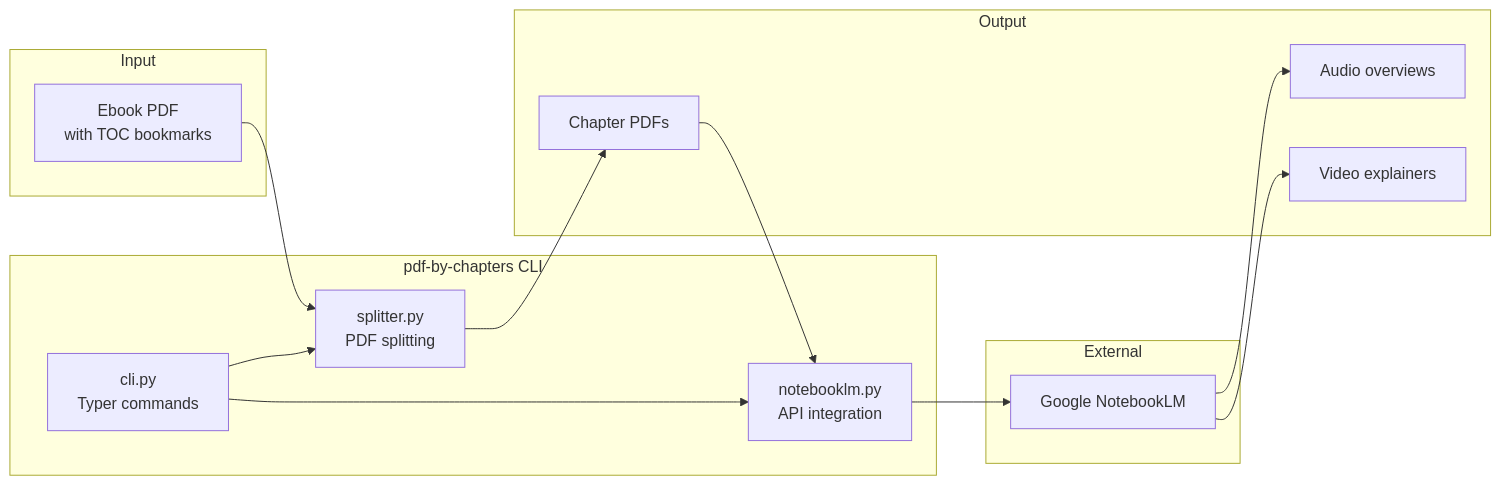
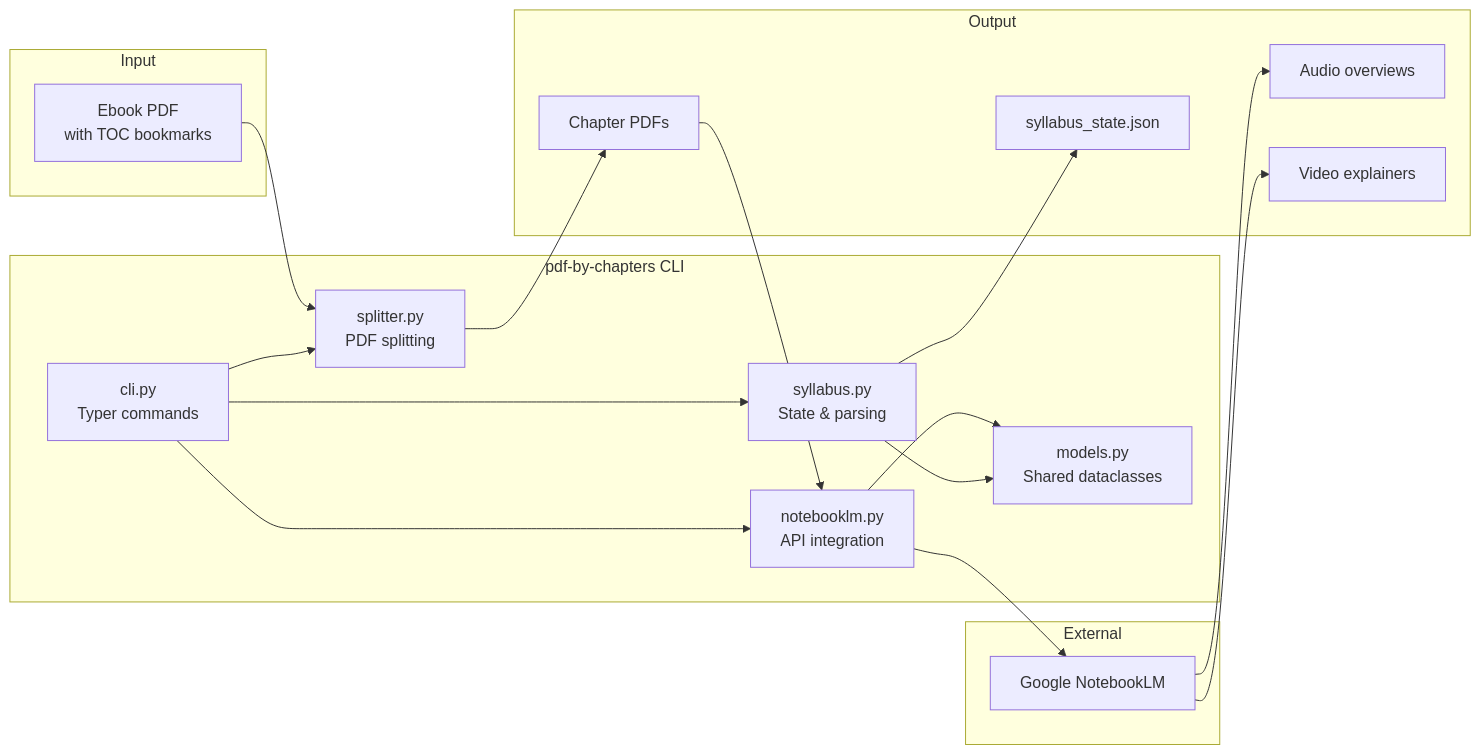
Before and after one commit to NetDevAutomate/notebooklm-pdf-by-chapters: the first of 5 diagrams in docs/codemap.md, drawn with Mermaid. The commit also changed other lines of this file and 15 other files, not shown here.

````diff
--- a/docs/codemap.md
+++ b/docs/codemap.md
@@ -9,29 +9,35 @@
 ```mermaid
 graph LR
     subgraph "Input"
         PDF[Ebook PDF<br/>with TOC bookmarks]
     end
 
     subgraph "pdf-by-chapters CLI"
         CLI[cli.py<br/>Typer commands]
         SPL[splitter.py<br/>PDF splitting]
         NLM[notebooklm.py<br/>API integration]
+        MOD[models.py<br/>Shared dataclasses]
+        SYL[syllabus.py<br/>State & parsing]
     end
 
     subgraph "External"
         NLMAPI[Google NotebookLM]
     end
 
     subgraph "Output"
         CHAPS[Chapter PDFs]
         AUDIO[Audio overviews]
         VIDEO[Video explainers]
+        STATE[syllabus_state.json]
     end
 
     PDF --> SPL
     SPL --> CHAPS
     CHAPS --> NLM
     NLM --> NLMAPI
     NLMAPI --> AUDIO & VIDEO
-    CLI --> SPL & NLM
+    CLI --> SPL & NLM & SYL
+    NLM --> MOD
+    SYL --> MOD
+    SYL --> STATE
 ```
````
